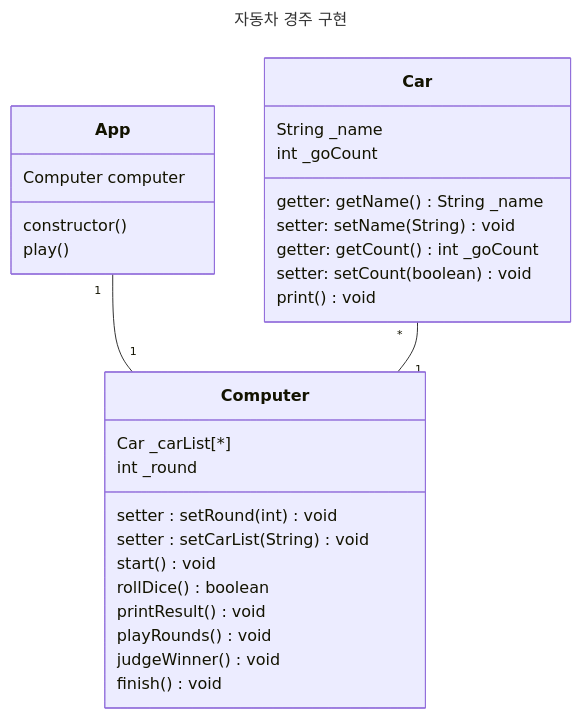
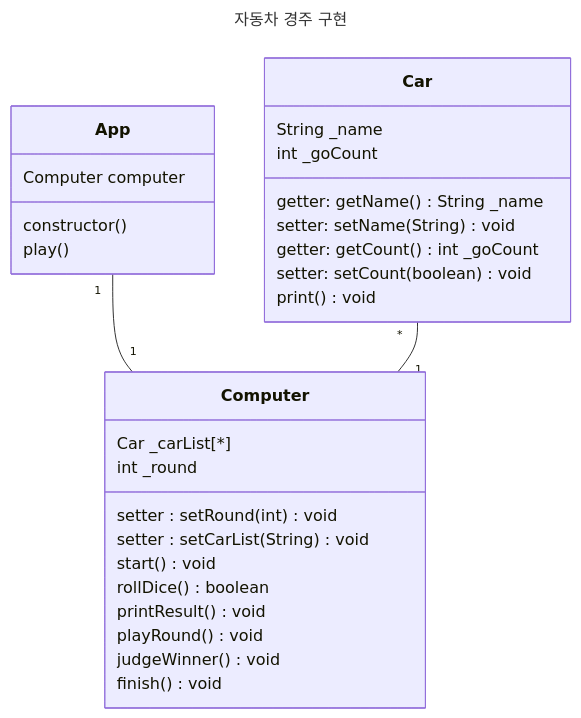
Before and after one commit to woowacourse-precourse/javascript-racingcar-6: the diagram in docs/README.md, drawn with Mermaid. The commit also changed other lines of this file and 1 other file, not shown here.

Commit message:
docs(README.md): revise UML
- class Computer : playRounds() -> playRound()

````diff
--- a/docs/README.md
+++ b/docs/README.md
@@ -48,34 +48,34 @@
 ```mermaid
 ---
 title: 자동차 경주 구현
 ---
 classDiagram
     class Car{
         String _name
         int _goCount
         getter: getName() String _name
         setter: setName(String) void
         getter: getCount() int _goCount
         setter: setCount(boolean) void
         print() void
     }
     class Computer{
         Car _carList[*]
         int _round
         setter : setRound(int) void
         setter : setCarList(String) void
         start() void
         rollDice() boolean
         printResult() void
-        playRounds() void
+        playRound() void
         judgeWinner() void
         finish() void
     }
     class App{
         Computer computer
         constructor()
         play()
     }
     App "1"-- "1"Computer
     Car "*"--"1" Computer
 ```
````
